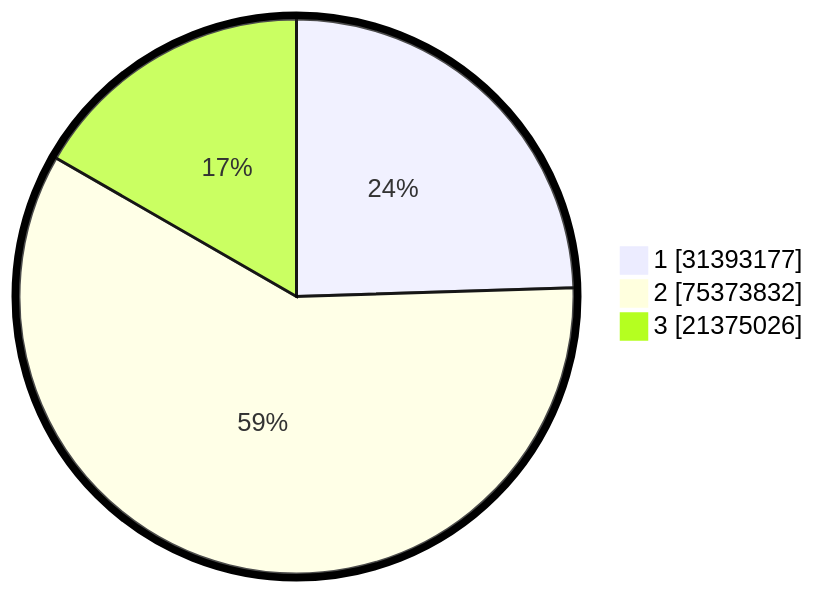
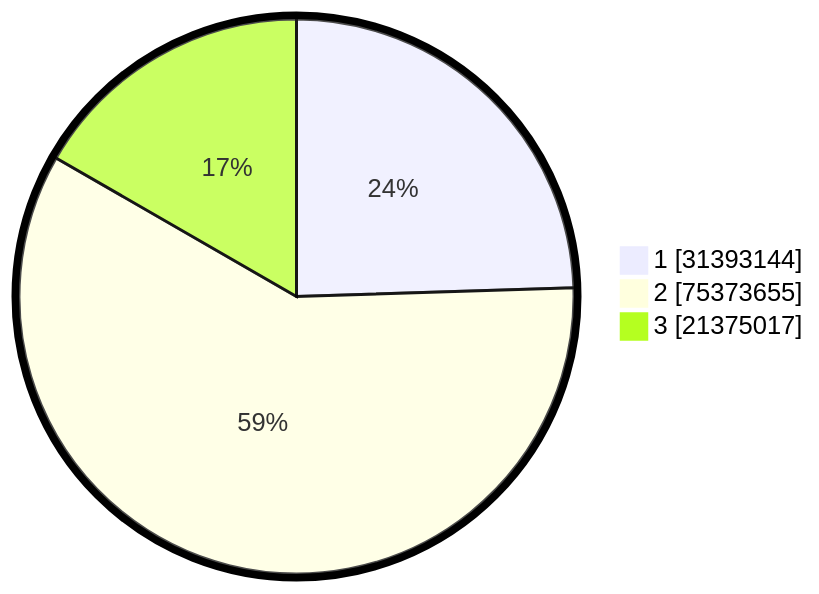
The second of 2 diagrams in pilpres/hitung-suara/README.md (gigit-pemilu/pemilu-2024), drawn with Mermaid before and after one commit. The commit also changed other lines of this file and 5 other files, not shown here.

````diff
--- a/pilpres/hitung-suara/README.md
+++ b/pilpres/hitung-suara/README.md
@@ -93,7 +93,7 @@
 ```mermaid
 %%{init: {"pie": {"textPosition": 0.5}, "themeVariables": {"pieOuterStrokeWidth": "5px"}} }%%
 pie showData
-    "1" : 31393177
-    "2" : 75373832
-    "3" : 21375026
+    "1" : 31393144
+    "2" : 75373655
+    "3" : 21375017
 ```
````
